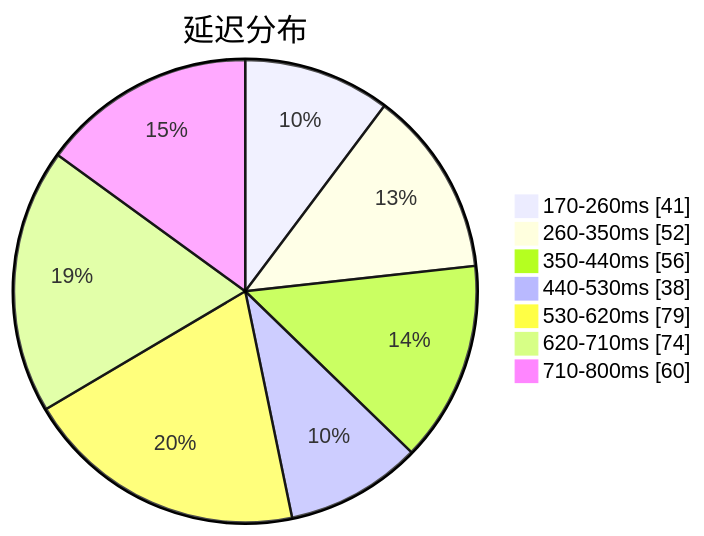
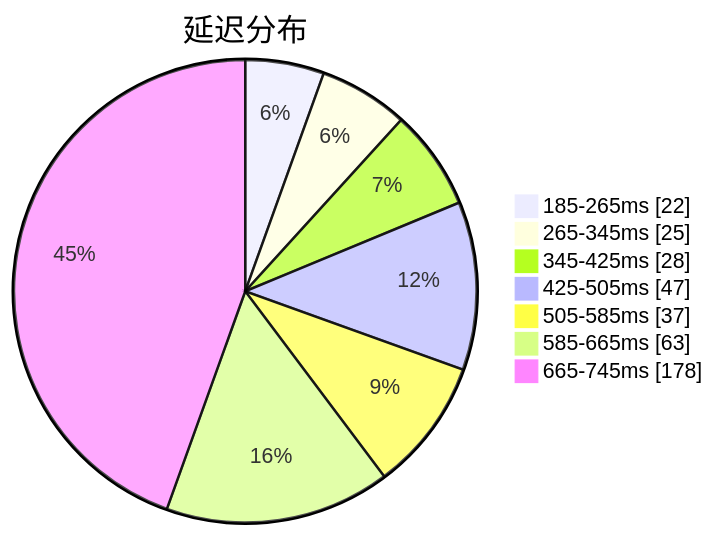
The first of 3 diagrams in subs/statistics/tested_within.md (qjlxg/airport), drawn with Mermaid before and after one commit. The commit also changed other lines of this file and 2 other files, not shown here.

````diff
--- a/subs/statistics/tested_within.md
+++ b/subs/statistics/tested_within.md
@@ -2,11 +2,11 @@
 ```mermaid
 pie showData
 title 延迟分布
-"170-260ms" : 41
-"260-350ms" : 52
-"350-440ms" : 56
-"440-530ms" : 38
-"530-620ms" : 79
-"620-710ms" : 74
-"710-800ms" : 60
+"185-265ms" : 22
+"265-345ms" : 25
+"345-425ms" : 28
+"425-505ms" : 47
+"505-585ms" : 37
+"585-665ms" : 63
+"665-745ms" : 178
 ```
````
